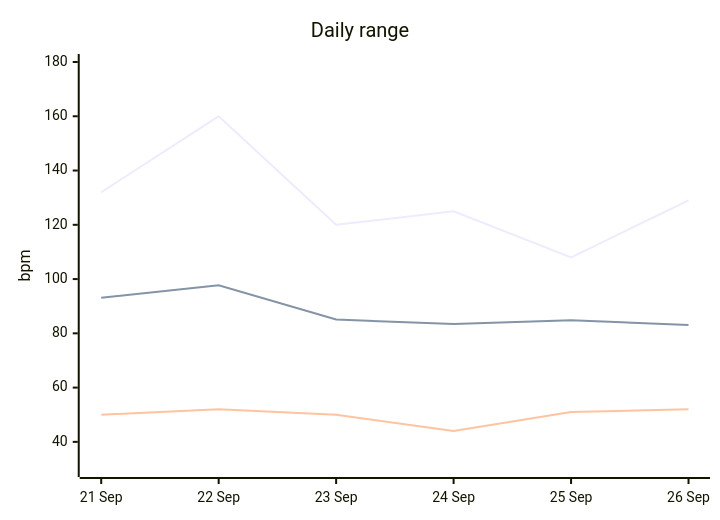
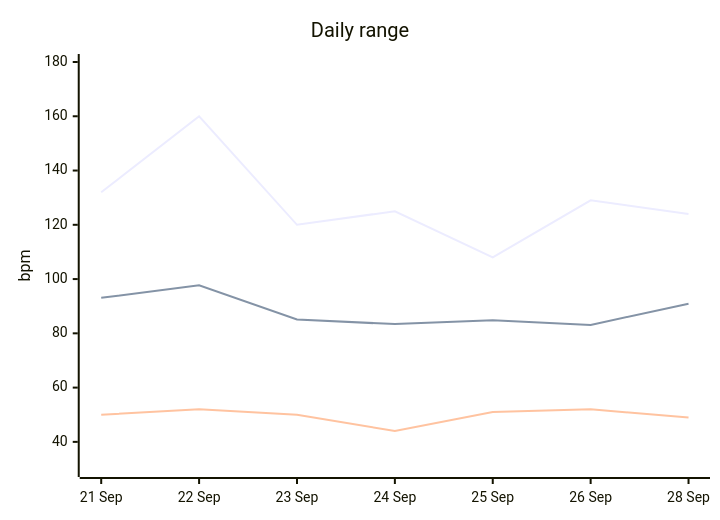
The third of 4 diagrams in reports/README.md (eshwarpotturi/hr-mon), drawn with Mermaid before and after one commit. The commit also changed other lines of this file and 5 other files, not shown here.

````diff
--- a/reports/README.md
+++ b/reports/README.md
@@ -52,9 +52,9 @@
 ```mermaid
 xychart-beta
     title "Daily range"
-    x-axis ["21 Sep", "22 Sep", "23 Sep", "24 Sep", "25 Sep", "26 Sep"]
+    x-axis ["21 Sep", "22 Sep", "23 Sep", "24 Sep", "25 Sep", "26 Sep", "28 Sep"]
     y-axis "bpm" 30 --> 180
-    line [132, 160, 120, 125, 108, 129]
-    line [93.1, 97.7, 85.1, 83.4, 84.8, 83.1]
-    line [50, 52, 50, 44, 51, 52]
+    line [132, 160, 120, 125, 108, 129, 124]
+    line [93.1, 97.7, 85.1, 83.4, 84.8, 83.1, 90.9]
+    line [50, 52, 50, 44, 51, 52, 49]
 ```
````
